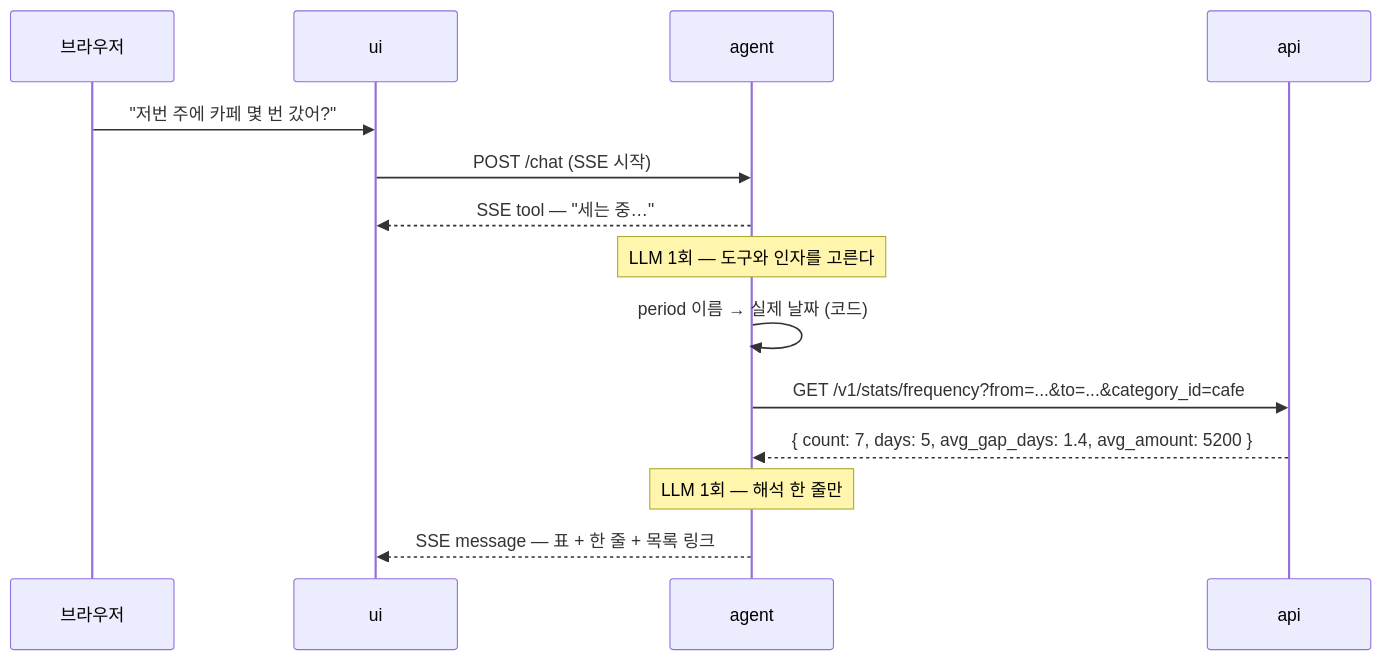
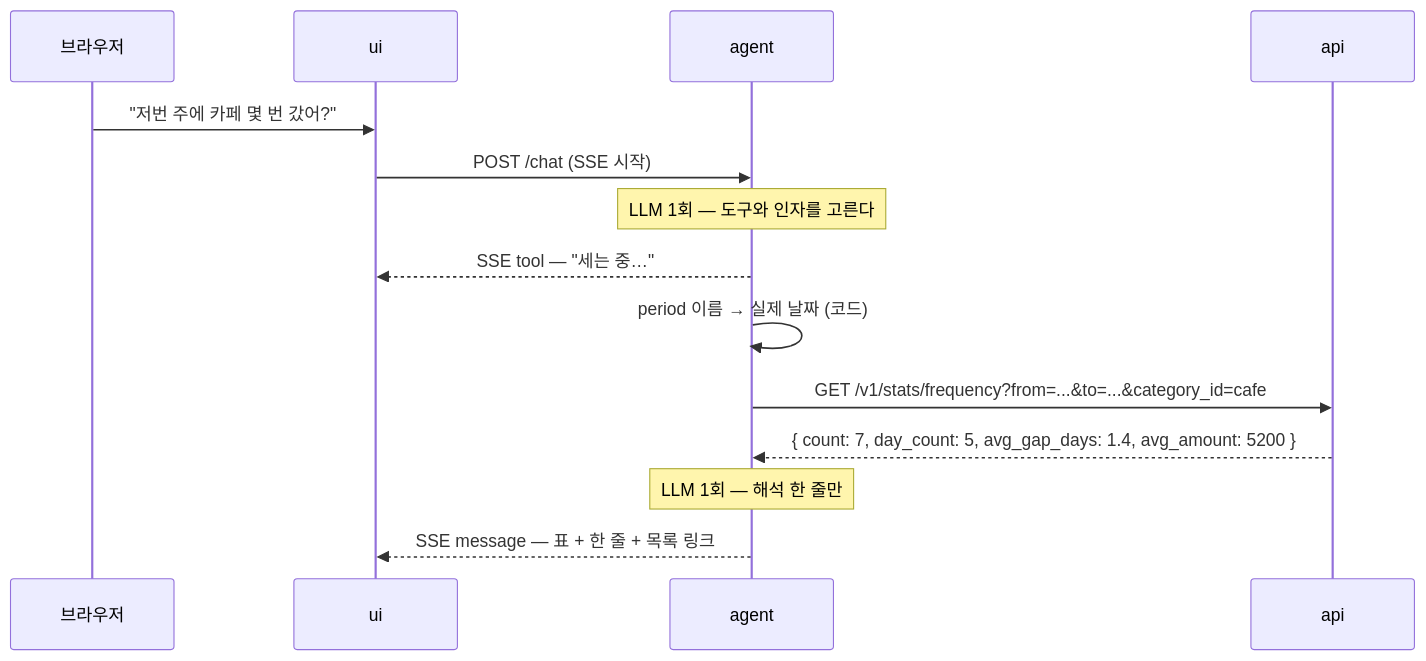
Before and after one commit to 2026-ai-service-engineering-a/account-book: the diagram in docs/ai/chat-analytics.md, drawn with Mermaid. The commit also changed other lines of this file and 1 other file, not shown here.

````diff
--- a/docs/ai/chat-analytics.md
+++ b/docs/ai/chat-analytics.md
@@ -71,17 +71,17 @@
 ```mermaid
 sequenceDiagram
     participant B as 브라우저
     participant U as ui
     participant AG as agent
     participant API as api
 
     B->>U: "저번 주에 카페 몇 번 갔어?"
     U->>AG: POST /chat (SSE 시작)
+    Note over AG: LLM 1회 — 도구와 인자를 고른다
     AG-->>U: SSE tool — "세는 중…"
-    Note over AG: LLM 1회 — 도구와 인자를 고른다
     AG->>AG: period 이름 → 실제 날짜 (코드)
     AG->>API: GET /v1/stats/frequency?from=...&to=...&category_id=cafe
-    API-->>AG: { count: 7, days: 5, avg_gap_days: 1.4, avg_amount: 5200 }
+    API-->>AG: { count: 7, day_count: 5, avg_gap_days: 1.4, avg_amount: 5200 }
     Note over AG: LLM 1회 — 해석 한 줄만
     AG-->>U: SSE message — 표 + 한 줄 + 목록 링크
 ```
````
